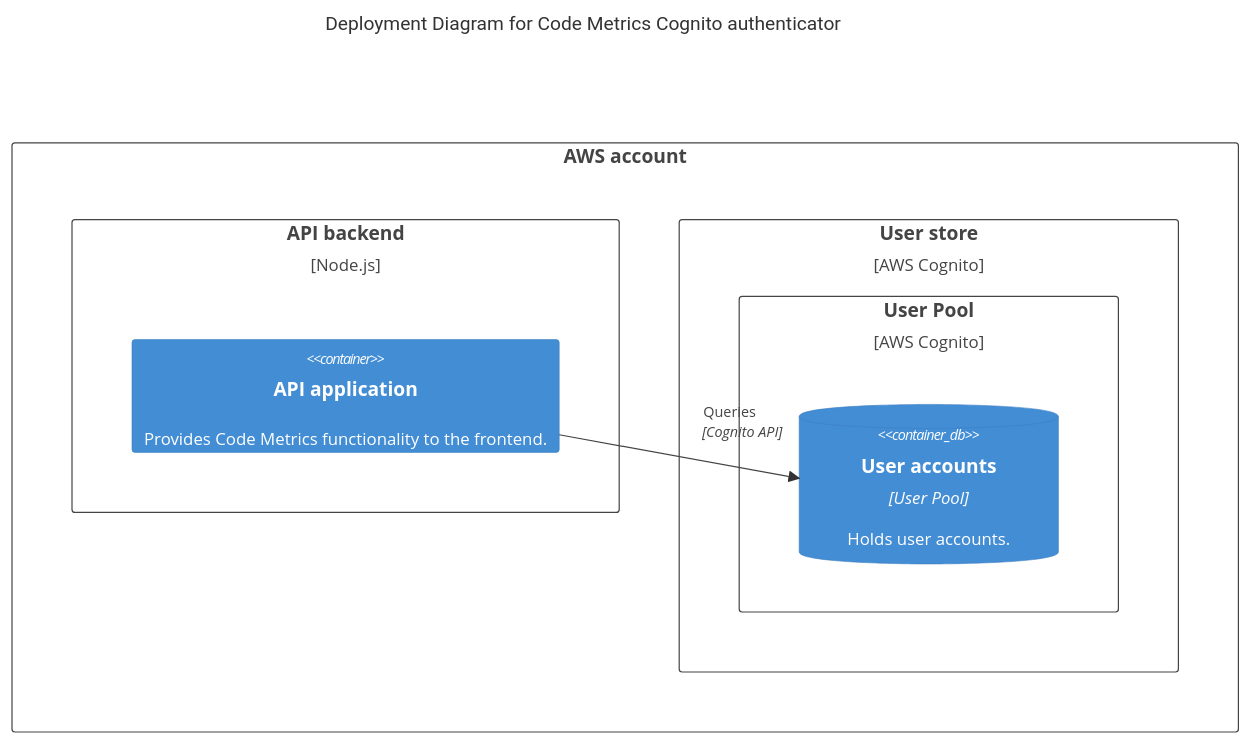
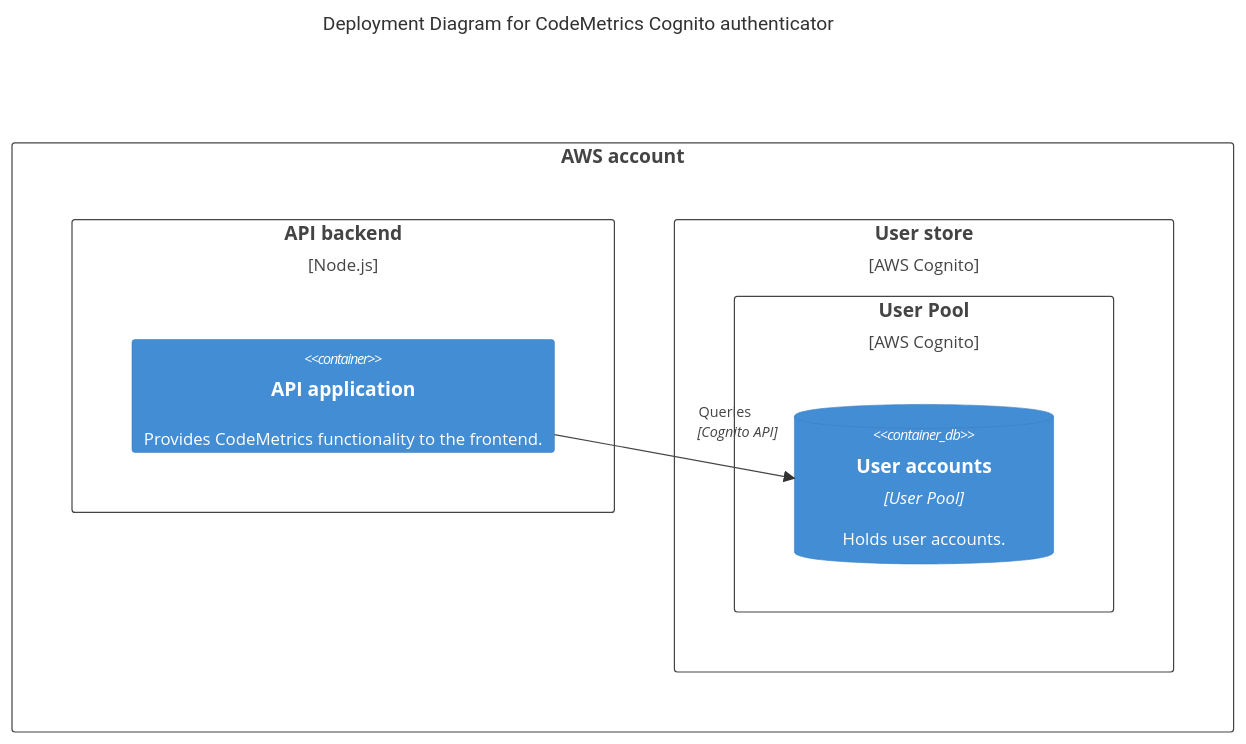
The diagram in docs/authentication_cognito.md (code-metrics-project/code-metrics), drawn with Mermaid before and after one commit. The commit also changed other lines of this file and 230 other files, not shown here.

````diff
--- a/docs/authentication_cognito.md
+++ b/docs/authentication_cognito.md
@@ -32,19 +32,19 @@
 ```mermaid
     C4Deployment
-    title Deployment Diagram for Code Metrics Cognito authenticator
+    title Deployment Diagram for CodeMetrics Cognito authenticator
 
     Deployment_Node(aws, "AWS account", "") {
         Deployment_Node(dn, "API backend", "Node.js") {
-            Container(api, "API application", "", "Provides Code Metrics functionality to the frontend.")
+            Container(api, "API application", "", "Provides CodeMetrics functionality to the frontend.")
         }
         Deployment_Node(cognito, "User store", "AWS Cognito") {
             Deployment_Node(pool, "User Pool", "AWS Cognito"){
                 ContainerDb(users, "User accounts", "User Pool", "Holds user accounts.")
             }
         }
     }
 
     Rel(api, users, "Queries", "Cognito API")
 
     UpdateRelStyle(api, users, $offsetX="20", $offsetY="-40")
 ```
````
